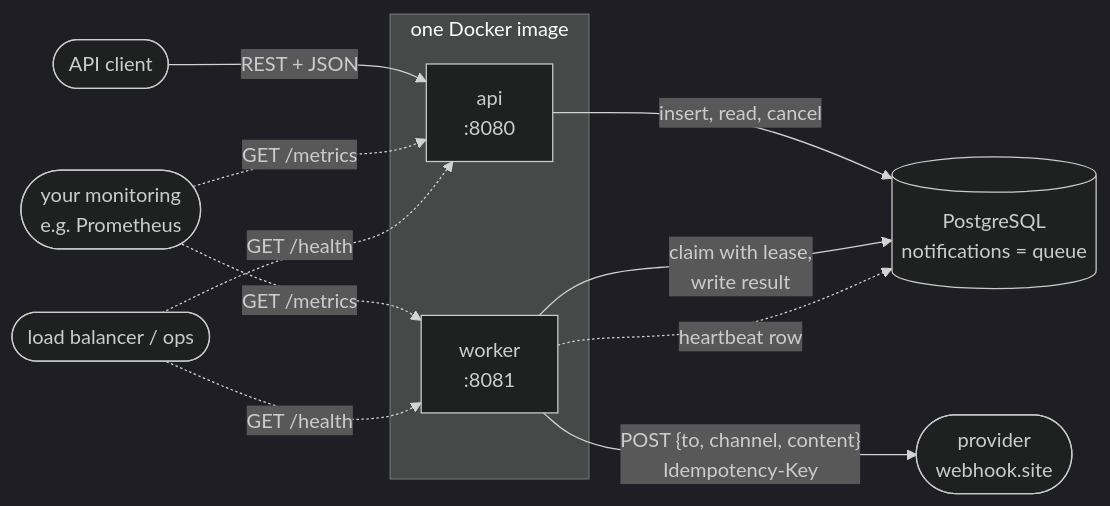
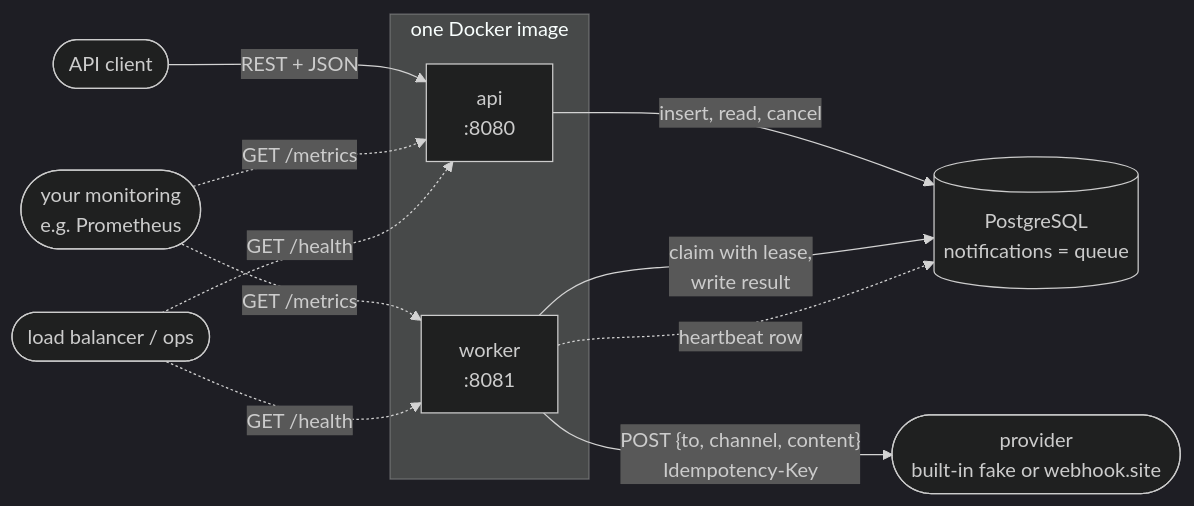
Before and after one commit to asrasari/notification-service: the diagram in README.md, drawn with Mermaid (dark theme). The commit also changed other lines of this file and 4 other files, not shown here.

First line of the commit message:
feat(compose): run out of the box with a built-in fake provider

````diff
--- a/README.md
+++ b/README.md
@@ -13,16 +13,16 @@
 ```mermaid
 flowchart LR
     client([API client]) -->|REST + JSON| api
     subgraph image [one Docker image]
         api[api<br/>:8080]
         worker[worker<br/>:8081]
     end
     api -->|insert, read, cancel| pg[(PostgreSQL<br/>notifications = queue)]
     worker -->|claim with lease,<br/>write result| pg
-    worker -->|"POST {to, channel, content}<br/>Idempotency-Key"| provider([provider<br/>webhook.site])
+    worker -->|"POST {to, channel, content}<br/>Idempotency-Key"| provider([provider<br/>built-in fake or webhook.site])
     worker -.->|heartbeat row| pg
     monitoring([your monitoring<br/>e.g. Prometheus]) -.->|GET /metrics| api
     monitoring -.->|GET /metrics| worker
     ops([load balancer / ops]) -.->|GET /health| api
     ops -.->|GET /health| worker
 ```
````
